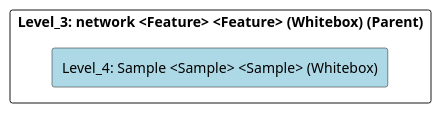
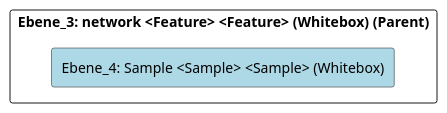
The diagram in doc/cleonproject_deliverables_architecture_model_architecture/adoc/de/05_bausteinsicht/cleon/modeling_languages/network/sample/ebene_4_sample.adoc (marcozwyssig/cleon), drawn with PlantUML before and after one commit. The commit also changed other lines of this file and 214 other files, not shown here.

```diff
--- a/doc/cleonproject_deliverables_architecture_model_architecture/adoc/de/05_bausteinsicht/cleon/modeling_languages/network/sample/ebene_4_sample.adoc
+++ b/doc/cleonproject_deliverables_architecture_model_architecture/adoc/de/05_bausteinsicht/cleon/modeling_languages/network/sample/ebene_4_sample.adoc
@@ -20,24 +20,24 @@
-[plantuml, Level_4: Sample <Sample> <Sample> (Whitebox)BlockOverview, format="svg"]
+[plantuml, Ebene_4: Sample <Sample> <Sample> (Whitebox)BlockOverview, format="svg"]
 ----
-@startuml Level_4: Sample <Sample> <Sample> (Whitebox)BuildingBlockOverview
+@startuml Ebene_4: Sample <Sample> <Sample> (Whitebox)BuildingBlockOverview
 
 skinparam ranksep 10
 skinparam componentStyle rectangle
 skinparam shadowing false
 skinparam arrowColor lightblue
 skinparam arrowThickness 1.2
 skinparam rectangle {
   BackgroundColor White
   BorderColor #333
   RoundCorner 10
 }
 top to bottom direction
 
-component "Level_3: network <Feature> <Feature> (Whitebox) (Parent)" {
-    component "Level_4: Sample <Sample> <Sample> (Whitebox)" #lightblue {
+component "Ebene_3: network <Feature> <Feature> (Whitebox) (Parent)" {
+    component "Ebene_4: Sample <Sample> <Sample> (Whitebox)" #lightblue {
     }
 
 }
 
 @enduml
 ----
```
